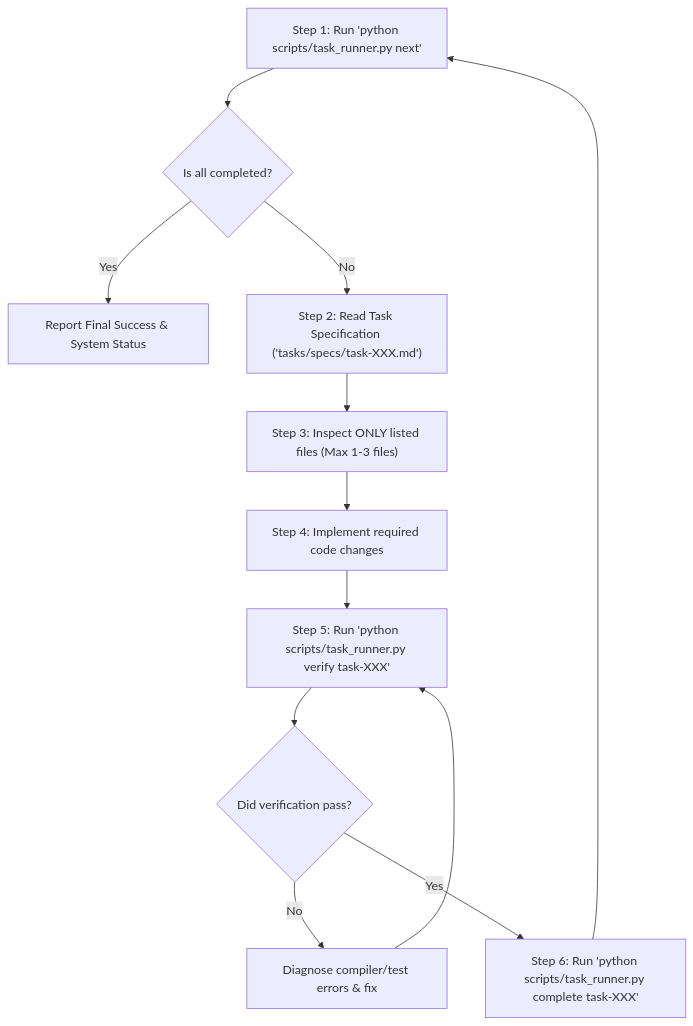
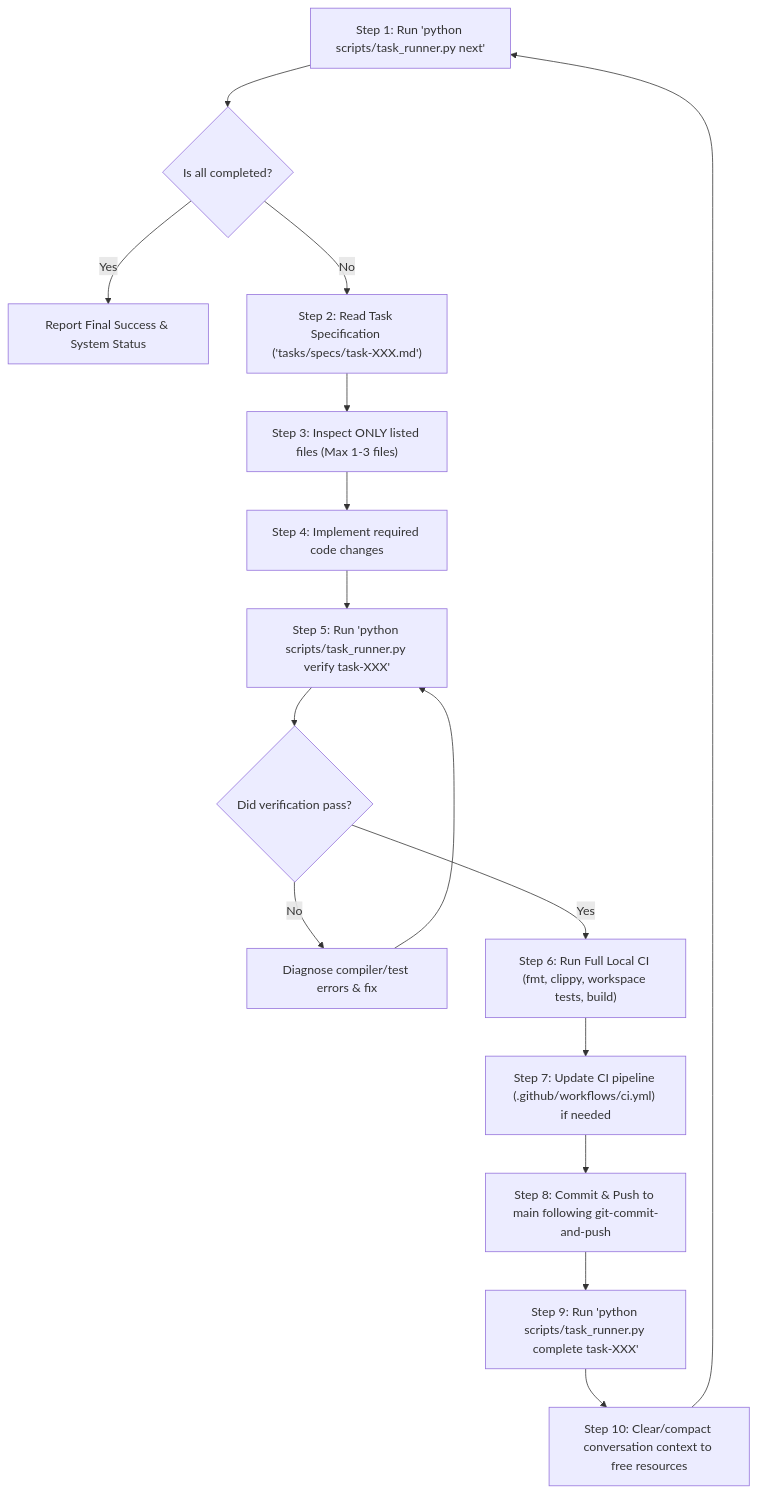
One commit to parthmital/LiveCraft changed the diagram in tasks/AUTONOMOUS_EXECUTION.md. Above: the diagram before and after it, drawn with Mermaid. The commit also changed other lines of this file and 10 other files, not shown here.

First line of the commit message:
Decouple audio state with lock-free parameter dispatch (task-001)

````diff
--- a/tasks/AUTONOMOUS_EXECUTION.md
+++ b/tasks/AUTONOMOUS_EXECUTION.md
@@ -21,13 +21,17 @@
 ```mermaid
 flowchart TD
     A["Step 1: Run 'python scripts/task_runner.py next'"] --> B{"Is all completed?"}
     B -- Yes --> C["Report Final Success & System Status"]
     B -- No --> D["Step 2: Read Task Specification ('tasks/specs/task-XXX.md')"]
     D --> E["Step 3: Inspect ONLY listed files (Max 1-3 files)"]
     E --> F["Step 4: Implement required code changes"]
     F --> G["Step 5: Run 'python scripts/task_runner.py verify task-XXX'"]
     G --> H{"Did verification pass?"}
     H -- No --> I["Diagnose compiler/test errors & fix"] --> G
-    H -- Yes --> J["Step 6: Run 'python scripts/task_runner.py complete task-XXX'"]
-    J --> A
+    H -- Yes --> J["Step 6: Run Full Local CI (fmt, clippy, workspace tests, build)"]
+    J --> K["Step 7: Update CI pipeline (.github/workflows/ci.yml) if needed"]
+    K --> L["Step 8: Commit & Push to main following git-commit-and-push"]
+    L --> M["Step 9: Run 'python scripts/task_runner.py complete task-XXX'"]
+    M --> N["Step 10: Clear/compact conversation context to free resources"]
+    N --> A
 ```
````
